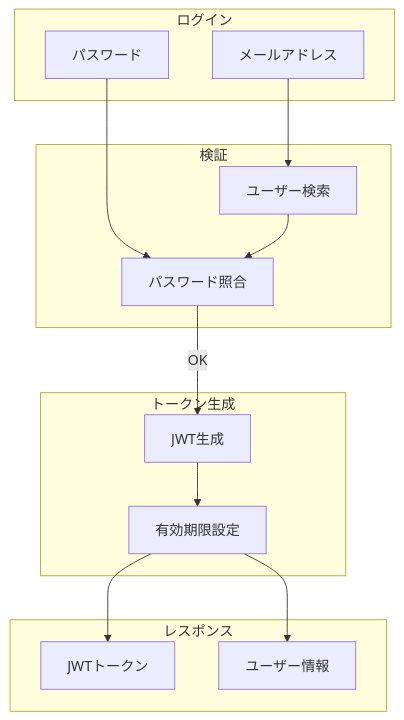
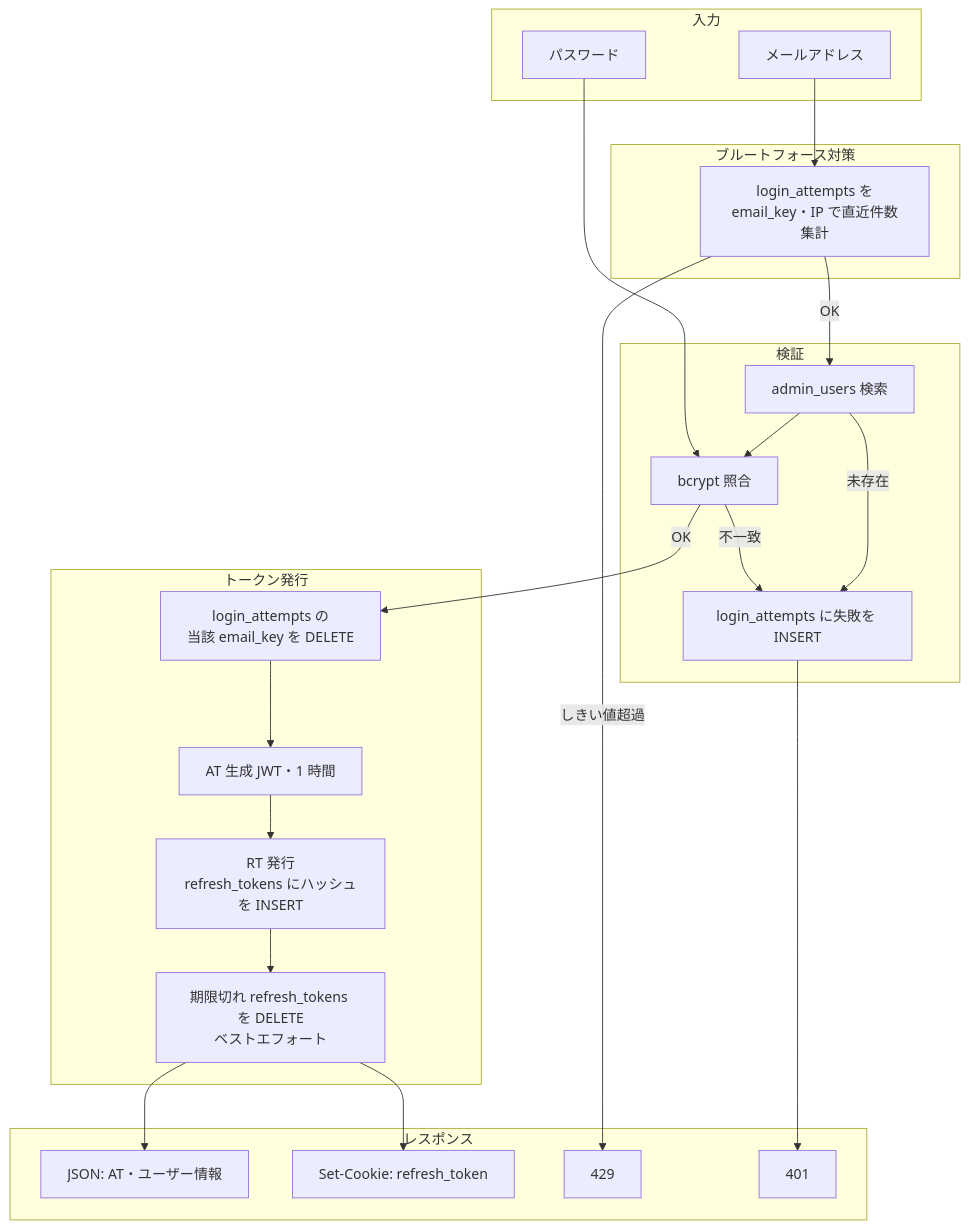
The fourth of 10 diagrams in docs/data_flow.md (cergijame101007/satehits), drawn with Mermaid before and after one commit. The commit also changed other lines of this file and 3 other files, not shown here.

````diff
--- a/docs/data_flow.md
+++ b/docs/data_flow.md
@@ -133,30 +148,44 @@
 ```mermaid
 flowchart TB
-    subgraph Login[ログイン]
+    subgraph Input[入力]
         Email[メールアドレス]
         Password[パスワード]
     end
 
-    subgraph Verify[検証]
-        FindUser[ユーザー検索]
-        CompareHash[パスワード照合]
+    subgraph RateLimit[ブルートフォース対策]
+        CountRecent[login_attempts を<br/>email_key・IP で直近件数集計]
     end
 
-    subgraph Token[トークン生成]
-        GenerateJWT[JWT生成]
-        SetExpiry[有効期限設定]
+    subgraph Verify[検証]
+        FindUser[admin_users 検索]
+        CompareHash[bcrypt 照合]
+        RecordFailure[login_attempts に失敗を INSERT]
+    end
+
+    subgraph Issue[トークン発行]
+        ClearAttempts[login_attempts の<br/>当該 email_key を DELETE]
+        GenerateJWT[AT 生成 JWT・1 時間]
+        IssueRT[RT 発行<br/>refresh_tokens にハッシュを INSERT]
+        Cleanup[期限切れ refresh_tokens を DELETE<br/>ベストエフォート]
     end
 
     subgraph Response[レスポンス]
-        JWTToken[JWTトークン]
-        UserInfo[ユーザー情報]
+        Body[JSON: AT・ユーザー情報]
+        Cookie[Set-Cookie: refresh_token]
+        TooMany[429]
+        Unauthorized[401]
     end
 
-    Email --> FindUser
+    Email --> CountRecent
+    CountRecent -->|しきい値超過| TooMany
+    CountRecent -->|OK| FindUser
+    FindUser --> CompareHash
     Password --> CompareHash
-    FindUser --> CompareHash
-    CompareHash -->|OK| GenerateJWT
-    GenerateJWT --> SetExpiry
-    SetExpiry --> JWTToken
-    SetExpiry --> UserInfo
+    FindUser -->|未存在| RecordFailure
+    CompareHash -->|不一致| RecordFailure
+    RecordFailure --> Unauthorized
+    CompareHash -->|OK| ClearAttempts
+    ClearAttempts --> GenerateJWT --> IssueRT --> Cleanup
+    Cleanup --> Body
+    Cleanup --> Cookie
 ```
````
